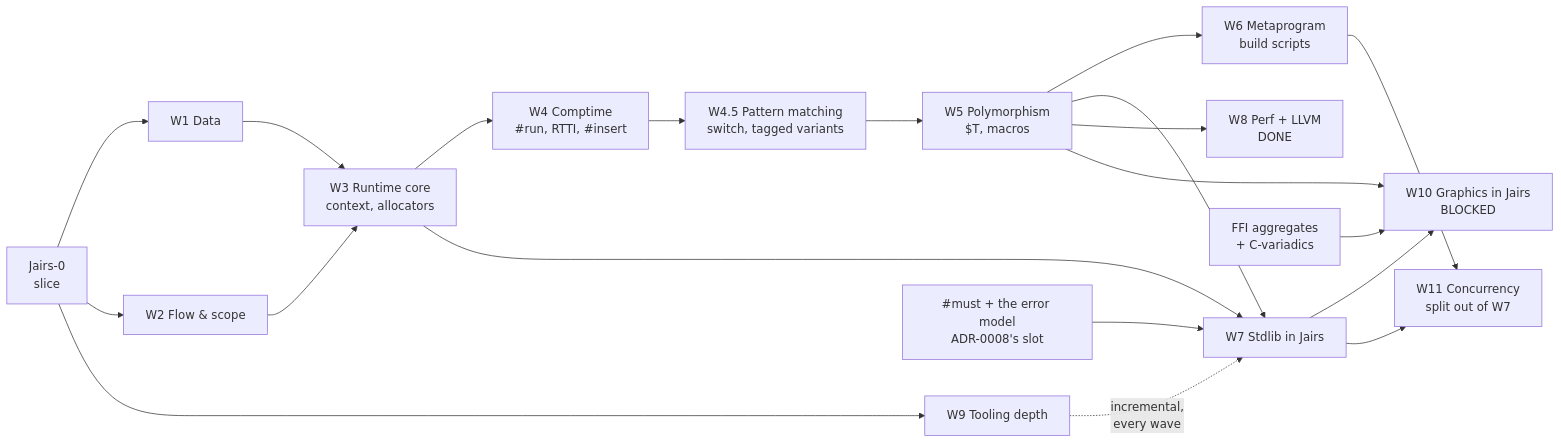
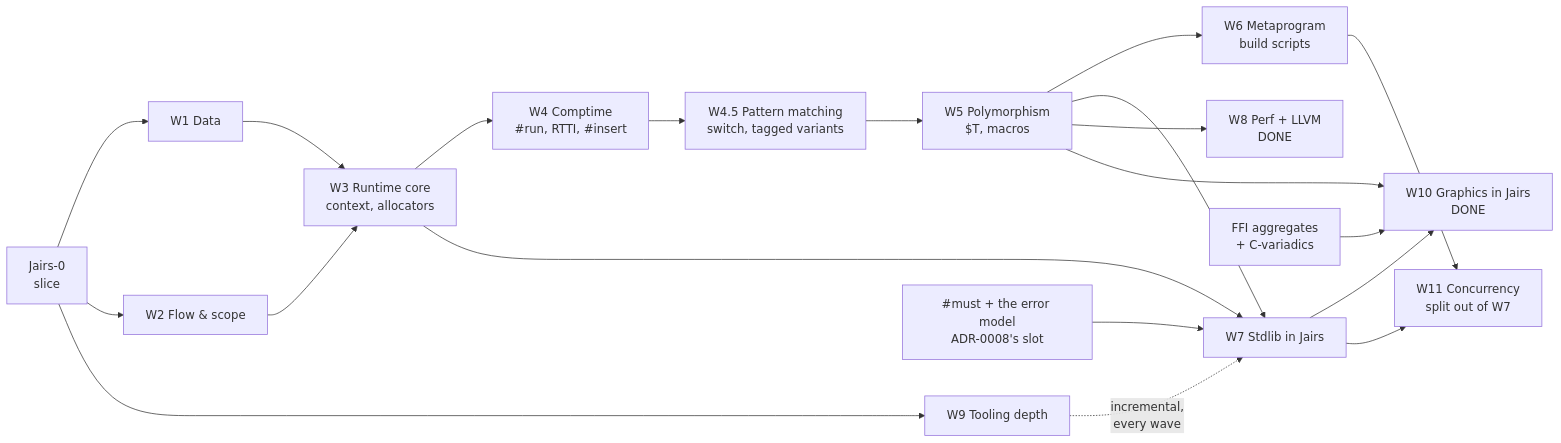
One commit to Daniel-Boll/jairs changed the second of 3 diagrams in PLAN.md. Above: the diagram before and after it, drawn with Mermaid. The commit also changed other lines of this file and 6 other files, not shown here.

````diff
--- a/PLAN.md
+++ b/PLAN.md
@@ -370,22 +370,22 @@
 ```mermaid
 flowchart LR
     S["Jairs-0<br/>slice"] --> W1["W1 Data"]
     S --> W2["W2 Flow & scope"]
     W1 --> W3["W3 Runtime core<br/>context, allocators"]
     W2 --> W3
     W3 --> W4["W4 Comptime<br/>#run, RTTI, #insert"]
     W4 --> W45["W4.5 Pattern matching<br/>switch, tagged variants"]
     W45 --> W5["W5 Polymorphism<br/>$T, macros"]
     W5 --> W6["W6 Metaprogram<br/>build scripts"]
     W3 --> W7["W7 Stdlib in Jairs"]
     W5 --> W7
     W5 --> W8["W8 Perf + LLVM<br/>DONE"]
-    W7 --> W10["W10 Graphics in Jairs<br/>BLOCKED"]
+    W7 --> W10["W10 Graphics in Jairs<br/>DONE"]
     W5 --> W10
     S --> W9["W9 Tooling depth"]
     W9 -.->|"incremental,<br/>every wave"| W7
     ERR["#must + the error model<br/>ADR-0008's slot"] --> W7
     FFI["FFI aggregates<br/>+ C-variadics"] --> W10
     W6 --> W11["W11 Concurrency<br/>split out of W7"]
     W7 --> W11
 ```
````
